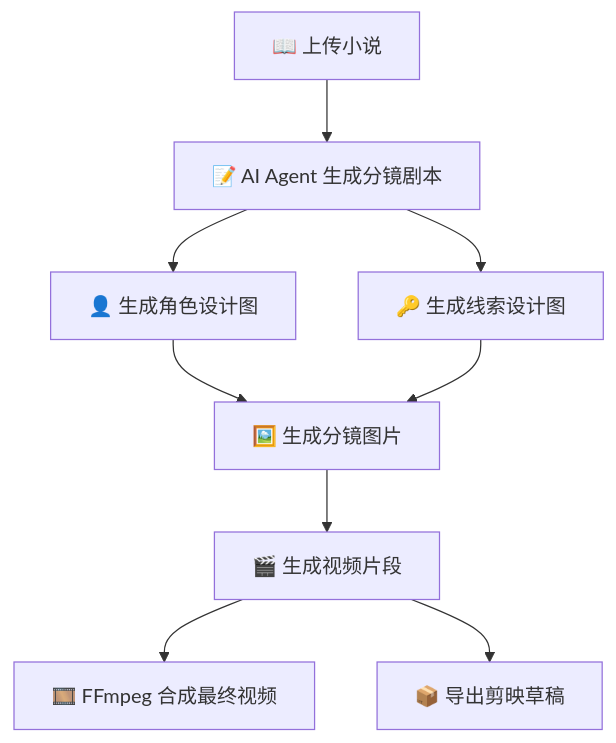
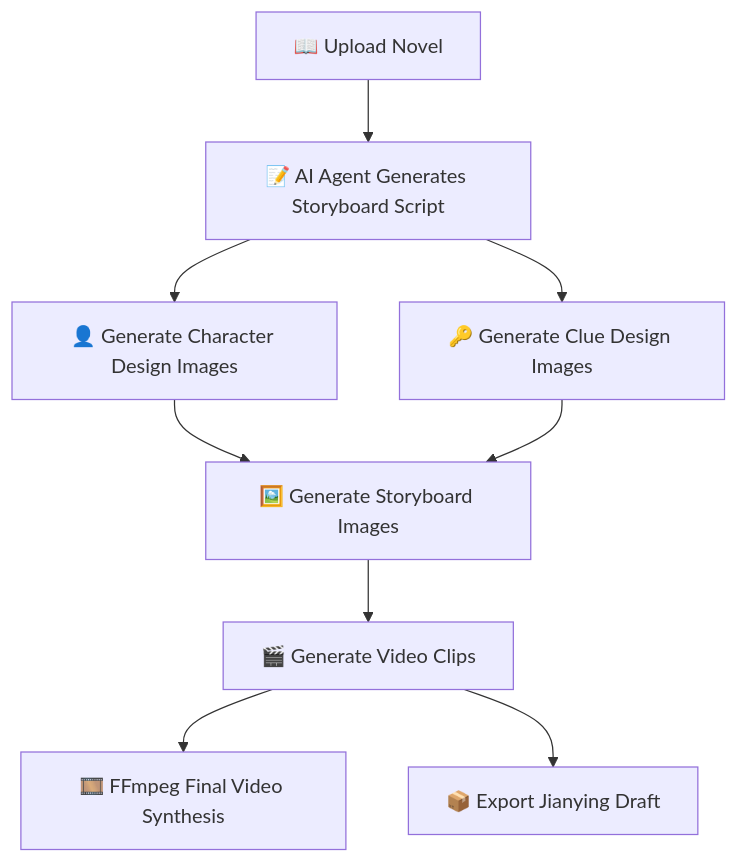
The first of 3 diagrams in README.md (lang315/ArcReel), drawn with Mermaid before and after one commit. The commit also changed other lines of this file and 3 other files, not shown here.

````diff
--- a/README.md
+++ b/README.md
@@ -76,11 +75,11 @@
 ```mermaid
 graph TD
-    A["📖 上传小说"] --> B["📝 AI Agent 生成分镜剧本"]
-    B --> C["👤 生成角色设计图"]
-    B --> D["🔑 生成线索设计图"]
-    C --> E["🖼️ 生成分镜图片"]
+    A["📖 Upload Novel"] --> B["📝 AI Agent Generates Storyboard Script"]
+    B --> C["👤 Generate Character Design Images"]
+    B --> D["🔑 Generate Clue Design Images"]
+    C --> E["🖼️ Generate Storyboard Images"]
     D --> E
-    E --> F["🎬 生成视频片段"]
-    F --> G["🎞️ FFmpeg 合成最终视频"]
-    F --> H["📦 导出剪映草稿"]
+    E --> F["🎬 Generate Video Clips"]
+    F --> G["🎞️ FFmpeg Final Video Synthesis"]
+    F --> H["📦 Export Jianying Draft"]
 ```
````
